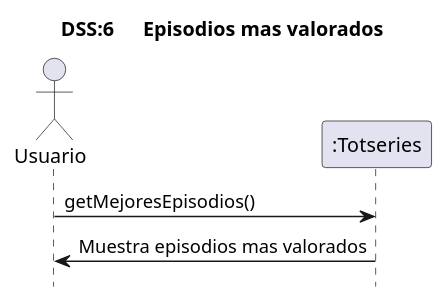
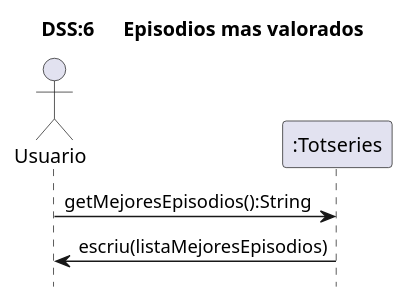
Before and after one commit to MrViciao/TotSeries: the diagram in src/totseries/Uml/Sistema/Diagrama de Sistema UC6.puml, drawn with PlantUML.

Commit message:
Update Diagrama de Sistema UC6.puml

```diff
--- a/src/totseries/Uml/Sistema/Diagrama de Sistema UC6.puml
+++ b/src/totseries/Uml/Sistema/Diagrama de Sistema UC6.puml
@@ -1,10 +1,11 @@
 @startuml
 title	DSS:6	Episodios mas valorados
+'	ocultar	el	foot	si	son	curts,	sino	deixar-ho
+'	la	comanda	es	la	seguent
 hide	footbox
-
 'definicio	d'actors
 actor	Usuario	as	user
-user	->	":Totseries":getMejoresEpisodios()
-":Totseries" -> user :Muestra episodios mas valorados
+user	->	":Totseries":getMejoresEpisodios():String
+":Totseries" -> user :escriu(listaMejoresEpisodios)
 
 @enduml
```
